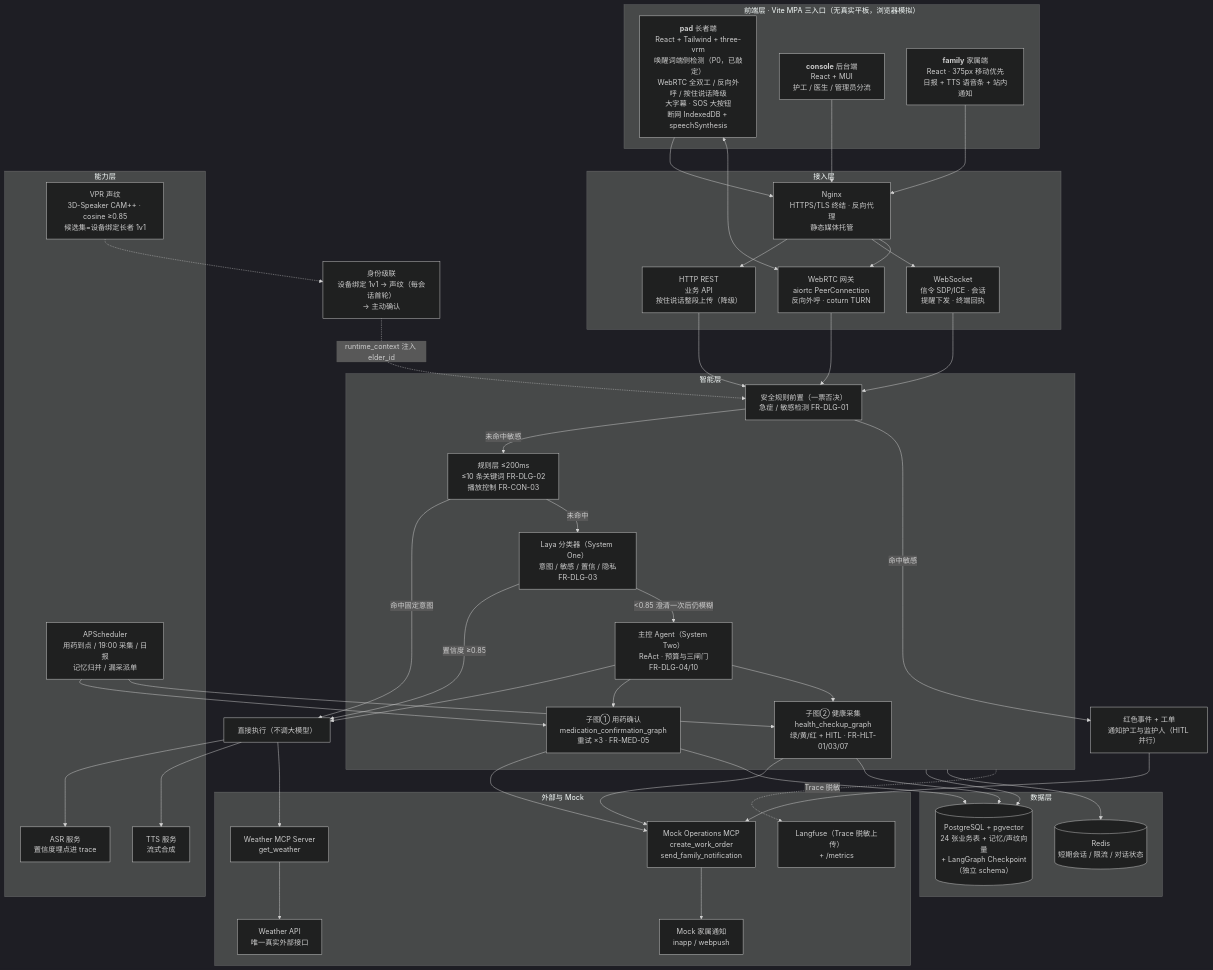
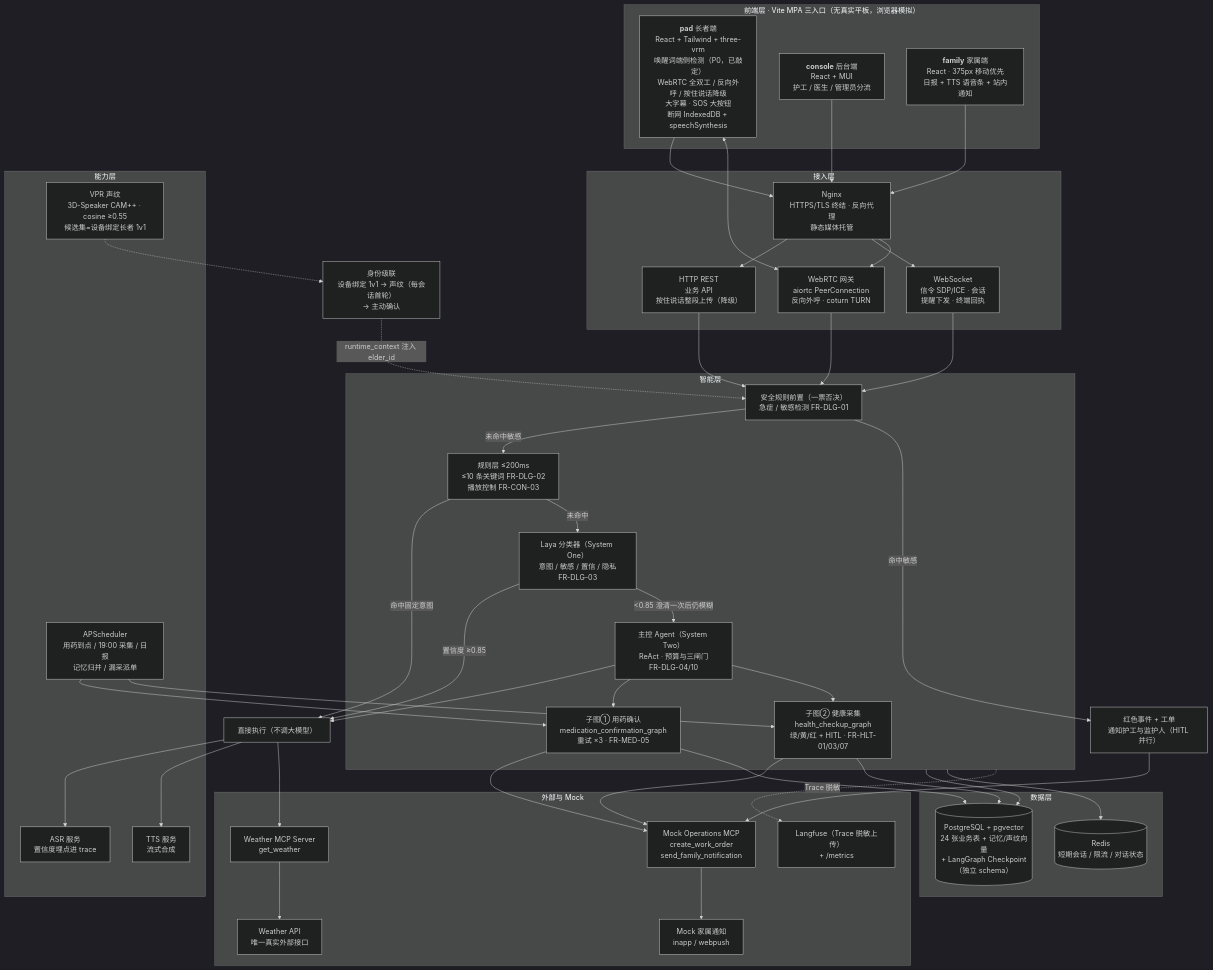
The first of 4 diagrams in docs/康伴3D数字人_技术设计文档.md (zha-yu/kangban), drawn with Mermaid (dark theme) before and after one commit. The commit also changed other lines of this file and 5 other files, not shown here.

````diff
--- a/docs/康伴3D数字人_技术设计文档.md
+++ b/docs/康伴3D数字人_技术设计文档.md
@@ -27,81 +27,81 @@
 ```mermaid
 flowchart TB
     subgraph FE["前端层 · Vite MPA 三入口（无真实平板，浏览器模拟）"]
         PAD["<b>pad</b> 长者端<br/>React + Tailwind + three-vrm<br/>唤醒词端侧检测（P0，已敲定）<br/>WebRTC 全双工 / 反向外呼 / 按住说话降级<br/>大字幕 · SOS 大按钮<br/>断网 IndexedDB + speechSynthesis"]
         CONSOLE["<b>console</b> 后台端<br/>React + MUI<br/>护工 / 医生 / 管理员分流"]
         FAMILY["<b>family</b> 家属端<br/>React · 375px 移动优先<br/>日报 + TTS 语音条 + 站内通知"]
     end
 
     subgraph GW["接入层"]
         NGINX["Nginx<br/>HTTPS/TLS 终结 · 反向代理<br/>静态媒体托管"]
         HTTP["HTTP REST<br/>业务 API<br/>按住说话整段上传（降级）"]
         WS["WebSocket<br/>信令 SDP/ICE · 会话<br/>提醒下发 · 终端回执"]
         RTC["WebRTC 网关<br/>aiortc PeerConnection<br/>反向外呼 · coturn TURN"]
     end
 
     subgraph INT["智能层"]
         VETO["安全规则前置（一票否决）<br/>急症 / 敏感检测 FR-DLG-01"]
         RULE["规则层 ≤200ms<br/>≤10 条关键词 FR-DLG-02<br/>播放控制 FR-CON-03"]
         LAYA["Laya 分类器（System One）<br/>意图 / 敏感 / 置信 / 隐私<br/>FR-DLG-03"]
         AGENT["主控 Agent（System Two）<br/>ReAct · 预算与三闸门<br/>FR-DLG-04/10"]
         SG1["子图① 用药确认<br/>medication_confirmation_graph<br/>重试 ×3 · FR-MED-05"]
         SG2["子图② 健康采集<br/>health_checkup_graph<br/>绿/黄/红 + HITL · FR-HLT-01/03/07"]
     end
 
     subgraph CAP["能力层"]
         ASR["ASR 服务<br/>置信度埋点进 trace"]
         TTS["TTS 服务<br/>流式合成"]
-        VPR["VPR 声纹<br/>3D-Speaker CAM++ · cosine ≥0.85<br/>候选集=设备绑定长者 1v1"]
+        VPR["VPR 声纹<br/>3D-Speaker CAM++ · cosine ≥0.55<br/>候选集=设备绑定长者 1v1"]
         SCHED["APScheduler<br/>用药到点 / 19:00 采集 / 日报<br/>记忆归并 / 漏采派单"]
     end
 
     subgraph DATA["数据层"]
         PG[("PostgreSQL + pgvector<br/>24 张业务表 + 记忆/声纹向量<br/>+ LangGraph Checkpoint（独立 schema）")]
         REDIS[("Redis<br/>短期会话 / 限流 / 对话状态")]
     end
 
     subgraph EXT["外部与 Mock"]
         WAPI["Weather API<br/>唯一真实外部接口"]
         MCPW["Weather MCP Server<br/>get_weather"]
         MCPO["Mock Operations MCP<br/>create_work_order<br/>send_family_notification"]
         NOTIFY["Mock 家属通知<br/>inapp / webpush"]
         LF["Langfuse（Trace 脱敏上传）<br/>+ /metrics"]
     end
 
     PAD --> NGINX
     PAD <--> RTC
     CONSOLE --> NGINX
     FAMILY --> NGINX
     NGINX --> HTTP
     NGINX --> WS
     NGINX --> RTC
     HTTP --> VETO
     WS --> VETO
     RTC --> VETO
     VETO -->|未命中敏感| RULE
     VETO -->|命中敏感| REDEVT["红色事件 + 工单<br/>通知护工与监护人（HITL 并行）"]
     RULE -->|命中固定意图| TOOLRUN["直接执行（不调大模型）"]
     RULE -->|未命中| LAYA
     LAYA -->|置信度 ≥0.85| TOOLRUN
     LAYA -->|&lt;0.85 澄清一次后仍模糊| AGENT
     AGENT --> TOOLRUN
     AGENT --> SG1
     AGENT --> SG2
     SCHED --> SG1
     SCHED --> SG2
     TOOLRUN --> ASR
     TOOLRUN --> TTS
     IDEN["身份级联<br/>设备绑定 1v1 → 声纹（每会话首轮）<br/>→ 主动确认"] -.->|runtime_context 注入 elder_id| VETO
     VPR -.-> IDEN
     SG1 --> MCPO
     SG2 --> MCPO
     REDEVT --> MCPO
     MCPO --> NOTIFY
     TOOLRUN --> MCPW
     MCPW --> WAPI
     INT --> PG
     INT --> REDIS
     SG1 --> PG
     SG2 --> PG
     INT -.->|Trace 脱敏| LF
 ```
````
